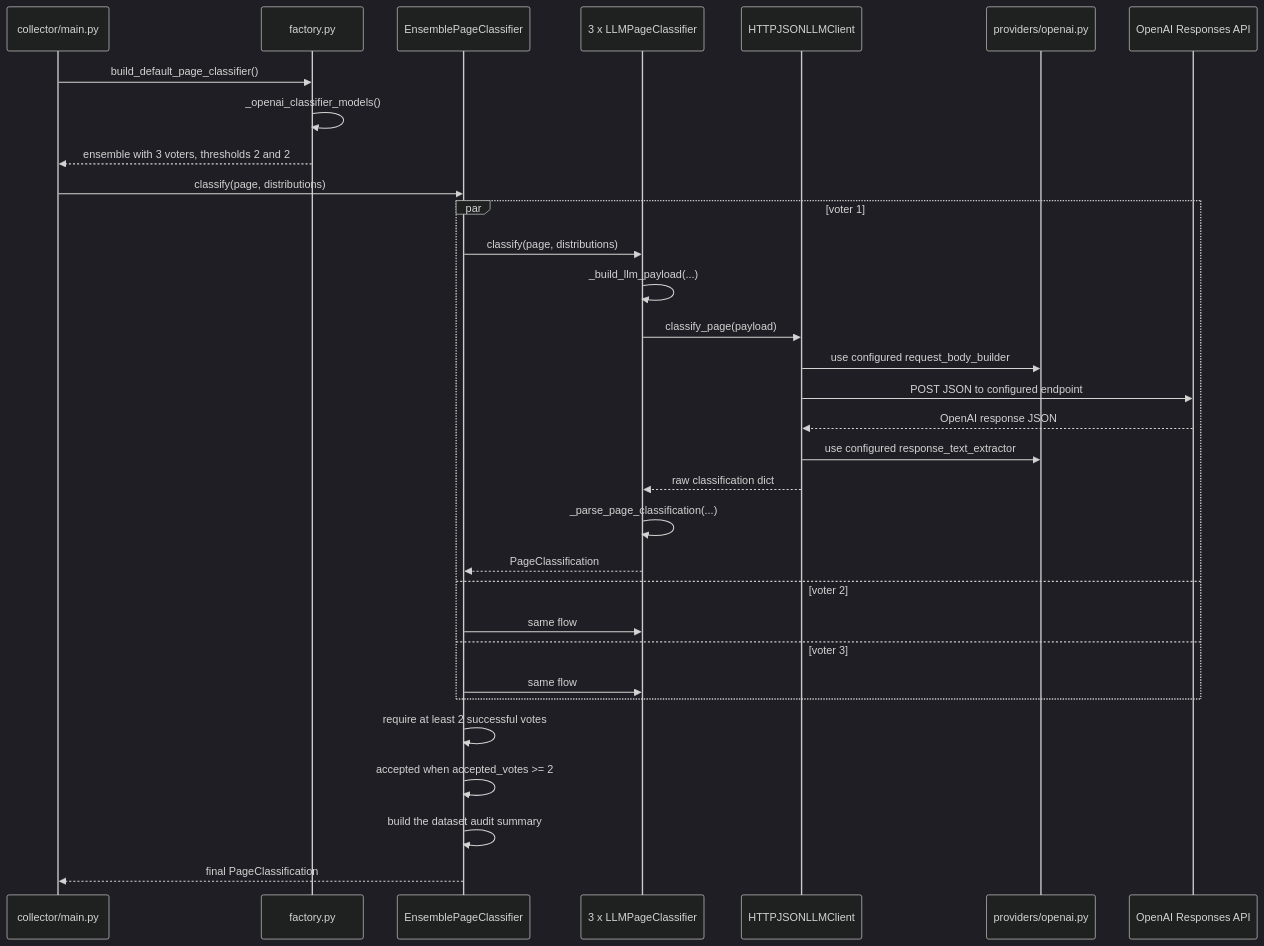
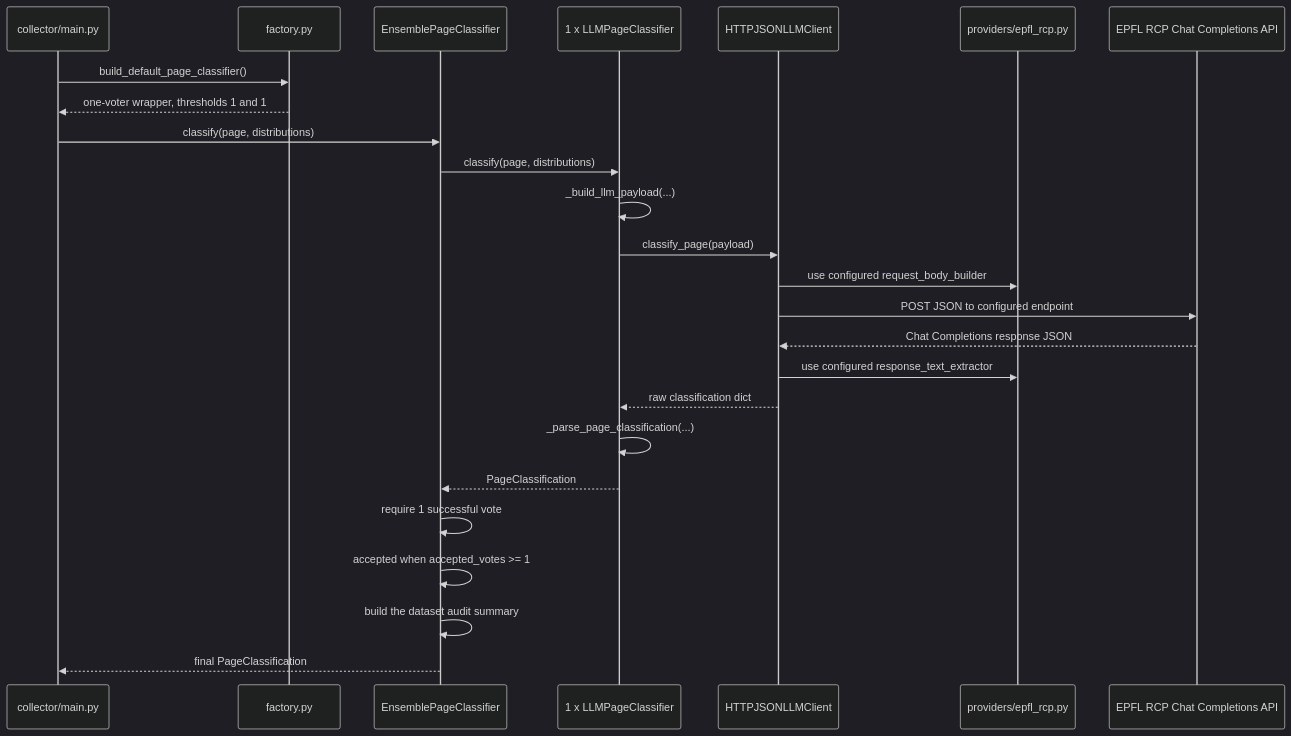
The third of 5 diagrams in docs/classification-architecture.md (nicolasberlin/global-health-dataset-catalog), drawn with Mermaid (dark theme) before and after one commit. The commit also changed other lines of this file and 33 other files, not shown here.

Commit message:
Switch default classifier to EPFL RCP

````diff
--- a/docs/classification-architecture.md
+++ b/docs/classification-architecture.md
@@ -158,35 +167,28 @@
 ```mermaid
 sequenceDiagram
     participant Caller as collector/main.py
     participant Factory as factory.py
     participant Ensemble as EnsemblePageClassifier
-    participant Voter as 3 x LLMPageClassifier
+    participant Voter as 1 x LLMPageClassifier
     participant Client as HTTPJSONLLMClient
-    participant Provider as providers/openai.py
-    participant API as OpenAI Responses API
+    participant Provider as providers/epfl_rcp.py
+    participant API as EPFL RCP Chat Completions API
 
     Caller->>Factory: build_default_page_classifier()
-    Factory->>Factory: _openai_classifier_models()
-    Factory-->>Caller: ensemble with 3 voters, thresholds 2 and 2
+    Factory-->>Caller: one-voter wrapper, thresholds 1 and 1
     Caller->>Ensemble: classify(page, distributions)
-    par voter 1
-        Ensemble->>Voter: classify(page, distributions)
-        Voter->>Voter: _build_llm_payload(...)
-        Voter->>Client: classify_page(payload)
-        Client->>Provider: use configured request_body_builder
-        Client->>API: POST JSON to configured endpoint
-        API-->>Client: OpenAI response JSON
-        Client->>Provider: use configured response_text_extractor
-        Client-->>Voter: raw classification dict
-        Voter->>Voter: _parse_page_classification(...)
-        Voter-->>Ensemble: PageClassification
-    and voter 2
-        Ensemble->>Voter: same flow
-    and voter 3
-        Ensemble->>Voter: same flow
-    end
-    Ensemble->>Ensemble: require at least 2 successful votes
-    Ensemble->>Ensemble: accepted when accepted_votes >= 2
+    Ensemble->>Voter: classify(page, distributions)
+    Voter->>Voter: _build_llm_payload(...)
+    Voter->>Client: classify_page(payload)
+    Client->>Provider: use configured request_body_builder
+    Client->>API: POST JSON to configured endpoint
+    API-->>Client: Chat Completions response JSON
+    Client->>Provider: use configured response_text_extractor
+    Client-->>Voter: raw classification dict
+    Voter->>Voter: _parse_page_classification(...)
+    Voter-->>Ensemble: PageClassification
+    Ensemble->>Ensemble: require 1 successful vote
+    Ensemble->>Ensemble: accepted when accepted_votes >= 1
     Ensemble->>Ensemble: build the dataset audit summary
     Ensemble-->>Caller: final PageClassification
 ```
````
